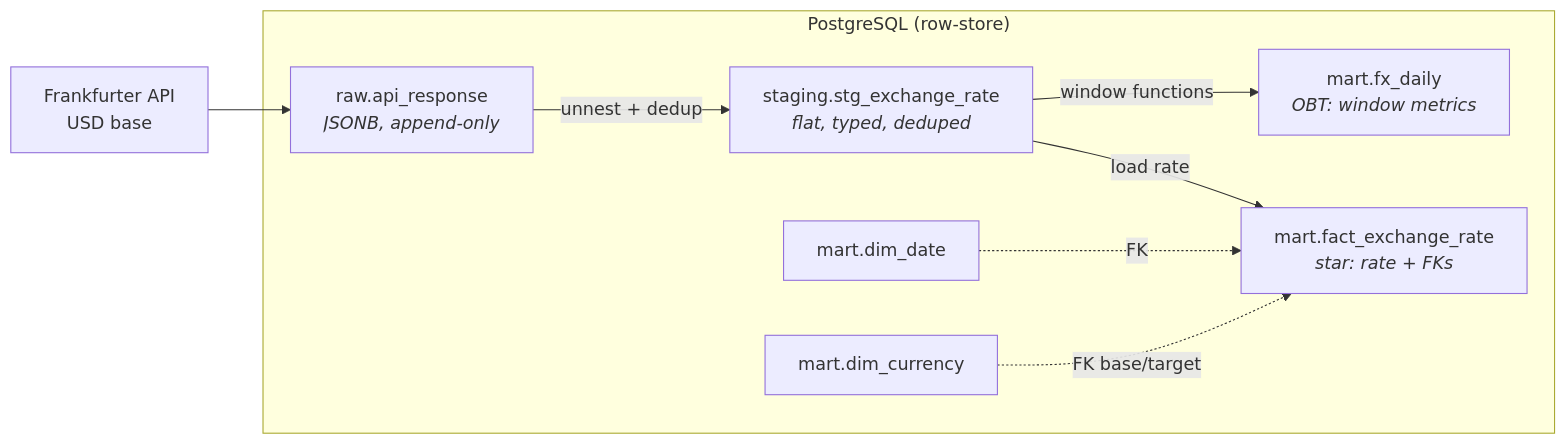
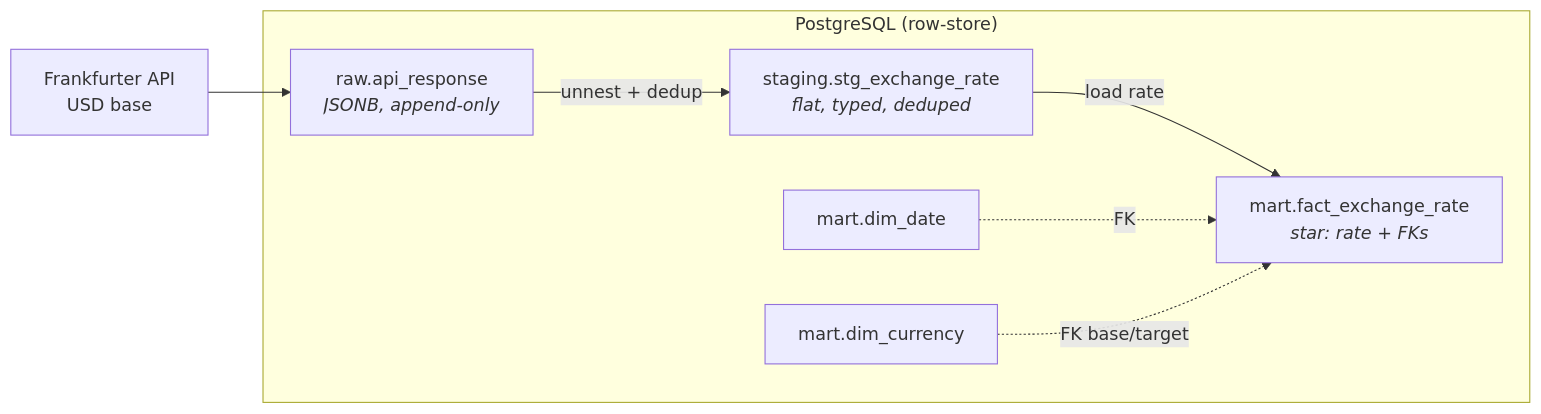
Before and after one commit to Kirakiraz/fx-elt-pipeline: the first of 2 diagrams in README.md, drawn with Mermaid. The commit also changed other lines of this file, not shown here.

Commit message:
docs: align README with current pipeline (OBT removed, serving view added)

````diff
--- a/README.md
+++ b/README.md
@@ -33,19 +33,17 @@
 ```mermaid
 flowchart LR
     API[Frankfurter API<br/>USD base] --> R
 
     subgraph PostgreSQL["PostgreSQL (row-store)"]
         R[raw.api_response<br/><i>JSONB, append-only</i>]
         S[staging.stg_exchange_rate<br/><i>flat, typed, deduped</i>]
-        OBT[mart.fx_daily<br/><i>OBT: window metrics</i>]
         F[mart.fact_exchange_rate<br/><i>star: rate + FKs</i>]
         DD[mart.dim_date]
         DC[mart.dim_currency]
 
         R -->|unnest + dedup| S
-        S -->|window functions| OBT
         S -->|load rate| F
         DD -.FK.-> F
         DC -.FK base/target.-> F
     end
 ```
````
